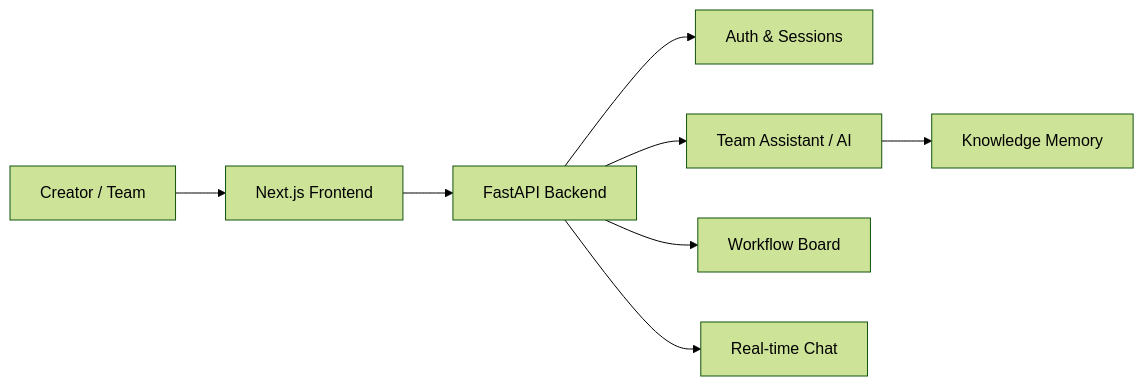
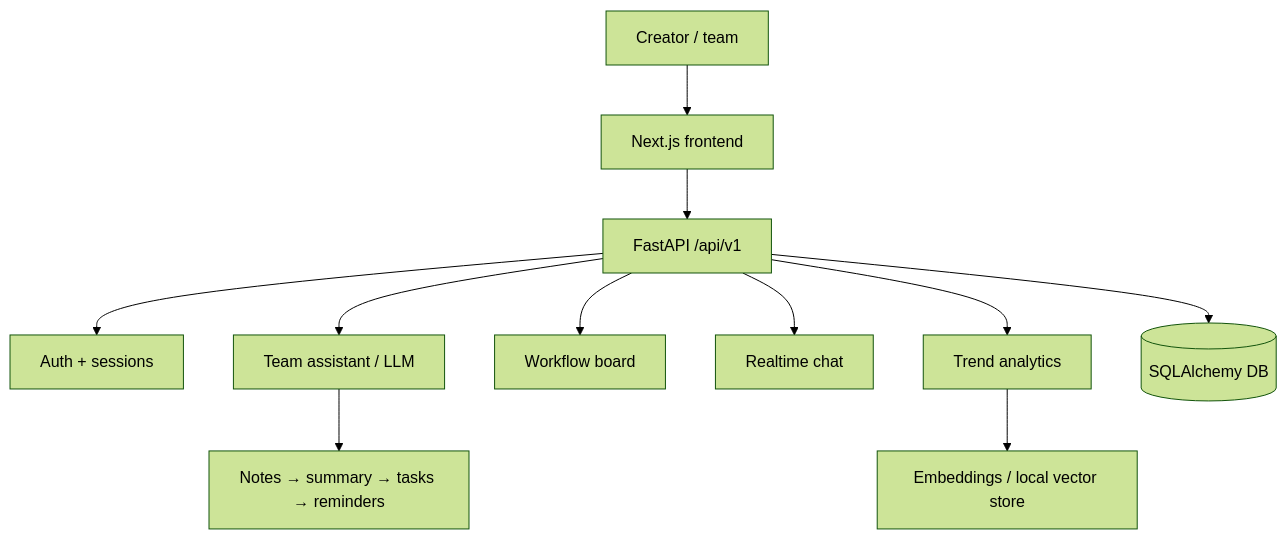
One commit to ShamikOfficial/agentic-trend-orchestrator changed the diagram in README.md. Above: the diagram before and after it, drawn with Mermaid (forest theme). The commit also changed other lines of this file, not shown here.

````diff
--- a/README.md
+++ b/README.md
@@ -20,10 +33,13 @@
 ```mermaid
-flowchart LR
-    A[Creator / Team] --> B[Next.js Frontend]
-    B --> C[FastAPI Backend]
-    C --> D[Auth & Sessions]
-    C --> E[Team Assistant / AI]
-    C --> F[Workflow Board]
-    C --> G[Real-time Chat]
-    E --> H[Knowledge Memory]
+flowchart TB
+  U[Creator / team] --> FE[Next.js frontend]
+  FE --> API[FastAPI /api/v1]
+  API --> Auth[Auth + sessions]
+  API --> Team[Team assistant / LLM]
+  API --> WF[Workflow board]
+  API --> Chat[Realtime chat]
+  API --> Trend[Trend analytics]
+  Team --> Mem[Notes → summary → tasks → reminders]
+  Trend --> Store[Embeddings / local vector store]
+  API --> DB[(SQLAlchemy DB)]
 ```
````
